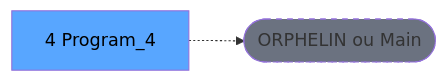
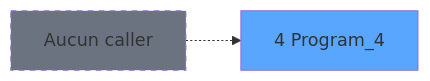
Before and after one commit to thonyAGP/lecteur-magic: the second of 3 diagrams in .openspec/specs/ADH-IDE-4.md, drawn with Mermaid. The commit also changed other lines of this file and 96 other files, not shown here.

````diff
--- a/.openspec/specs/ADH-IDE-4.md
+++ b/.openspec/specs/ADH-IDE-4.md
@@ -117,8 +104,8 @@
 ```mermaid
 graph LR
-    T[4 Program_4]
-    ORPHAN([ORPHELIN ou Main])
-    T -.-> ORPHAN
-    style T fill:#58a6ff,color:#000
-    style ORPHAN fill:#6b7280,stroke-dasharray: 5 5
+    T4[4 Program_4]
+    style T4 fill:#58a6ff
+    NONE[Aucun caller]
+    NONE -.-> T4
+    style NONE fill:#6b7280,stroke-dasharray: 5 5
 ```
````
